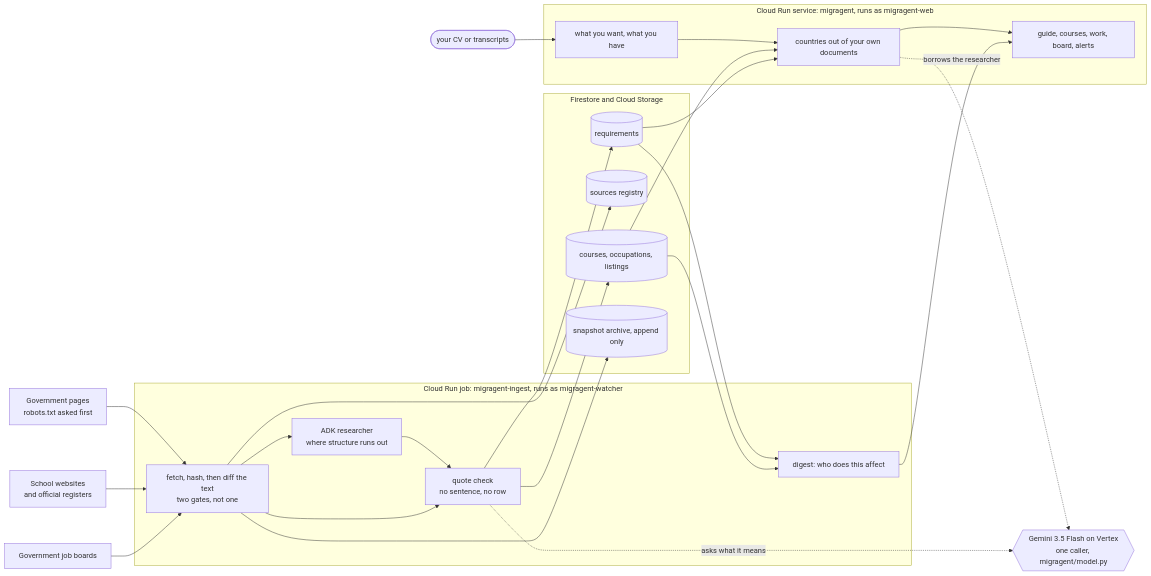
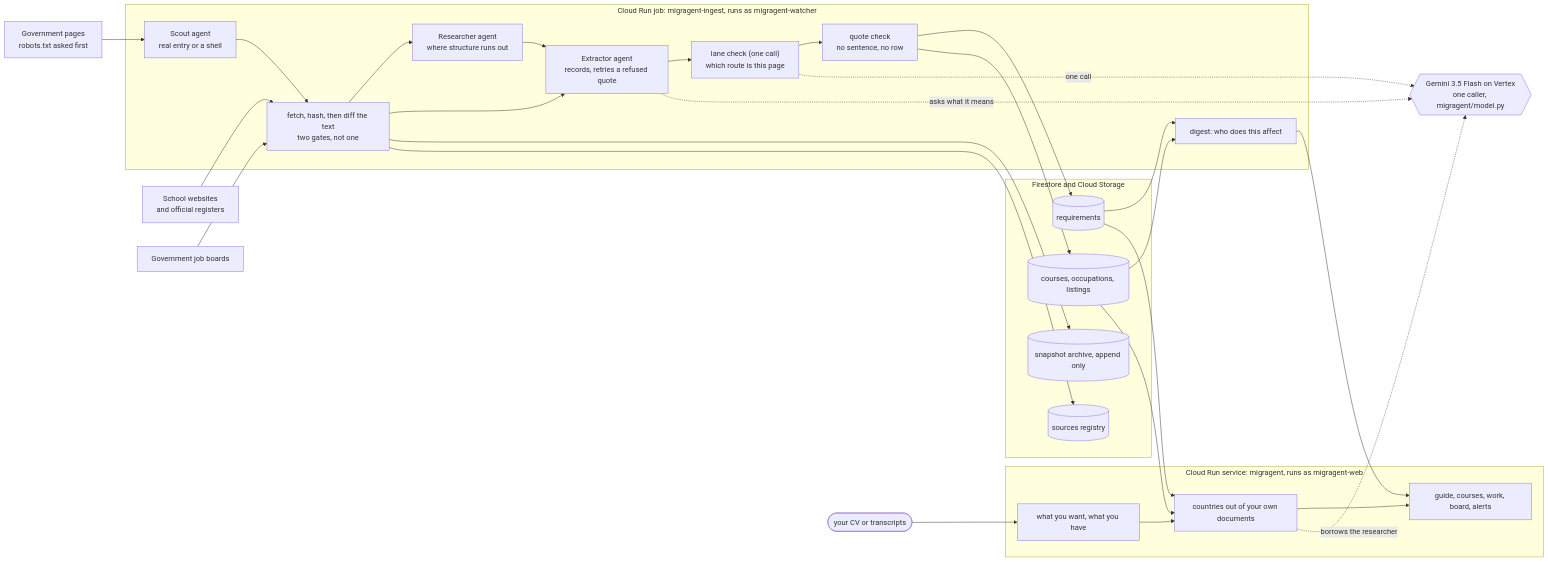
Before and after one commit to cnpierrepapi/migragent: the diagram in docs/ARCHITECTURE.md, drawn with Mermaid. The commit also changed other lines of this file and 3 other files, not shown here.

First line of the commit message:
Wire the Scout into seeding, and update the architecture doc

````diff
--- a/docs/ARCHITECTURE.md
+++ b/docs/ARCHITECTURE.md
@@ -148,49 +180,53 @@
 ```mermaid
 flowchart LR
     GOV["Government pages<br/>robots.txt asked first"]
     SCHOOL["School websites<br/>and official registers"]
     BOARD["Government job boards"]
 
     subgraph job["Cloud Run job: migragent-ingest, runs as migragent-watcher"]
         FETCH["fetch, hash, then diff the text<br/>two gates, not one"]
-        AGENT["ADK researcher<br/>where structure runs out"]
+        SCOUT["Scout agent<br/>real entry or a shell"]
+        AGENT["Researcher agent<br/>where structure runs out"]
+        EXTRACT["Extractor agent<br/>records, retries a refused quote"]
+        LANE["lane check (one call)<br/>which route is this page"]
         QUOTE["quote check<br/>no sentence, no row"]
         DIGEST["digest: who does this affect"]
     end
 
     subgraph store["Firestore and Cloud Storage"]
         REQ[(requirements)]
         SRC[(sources registry)]
         DATA[(courses, occupations, listings)]
         SNAP[(snapshot archive, append only)]
     end
 
     subgraph web["Cloud Run service: migragent, runs as migragent-web"]
         FLOW["what you want, what you have"]
         ELIG["countries out of your own documents"]
         OUT["guide, courses, work, board, alerts"]
     end
 
     MODEL{{"Gemini 3.5 Flash on Vertex<br/>one caller, migragent/model.py"}}
 
-    GOV --> FETCH
+    GOV --> SCOUT --> FETCH
     SCHOOL --> FETCH
     BOARD --> FETCH
-    FETCH --> AGENT --> QUOTE
-    FETCH --> QUOTE
+    FETCH --> AGENT --> EXTRACT --> LANE --> QUOTE
+    FETCH --> EXTRACT
     QUOTE --> REQ
     QUOTE --> DATA
     FETCH --> SNAP
     FETCH --> SRC
     REQ --> DIGEST
     DATA --> DIGEST
 
     YOU(["your CV or transcripts"]) --> FLOW --> ELIG
     DATA --> ELIG
     REQ --> ELIG
     ELIG --> OUT
     DIGEST --> OUT
 
-    QUOTE -. asks what it means .-> MODEL
+    EXTRACT -. asks what it means .-> MODEL
+    LANE -. one call .-> MODEL
     ELIG -. borrows the researcher .-> MODEL
 ```
````
